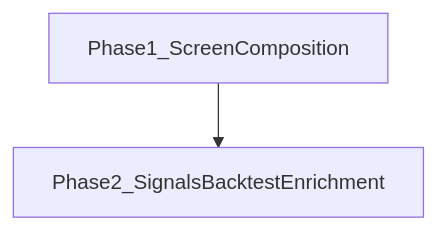
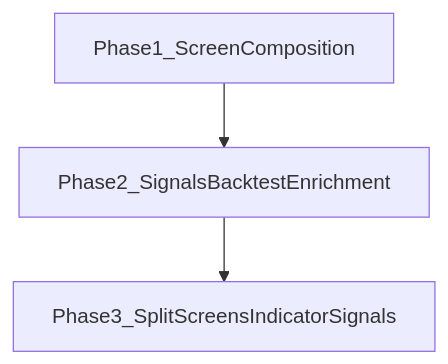
One commit to KenichiroArai/market-platform changed the diagram in docs/roadmap/v0/v0.3/v0.3.0.md. Above: the diagram before and after it, drawn with Mermaid. The commit also changed other lines of this file and 34 other files, not shown here.

````diff
--- a/docs/roadmap/v0/v0.3/v0.3.0.md
+++ b/docs/roadmap/v0/v0.3/v0.3.0.md
@@ -5,6 +5,8 @@
 ```mermaid
 flowchart TB
   p1[Phase1_ScreenComposition]
   p2[Phase2_SignalsBacktestEnrichment]
+  p3[Phase3_SplitScreensIndicatorSignals]
   p1 --> p2
+  p2 --> p3
 ```
````
